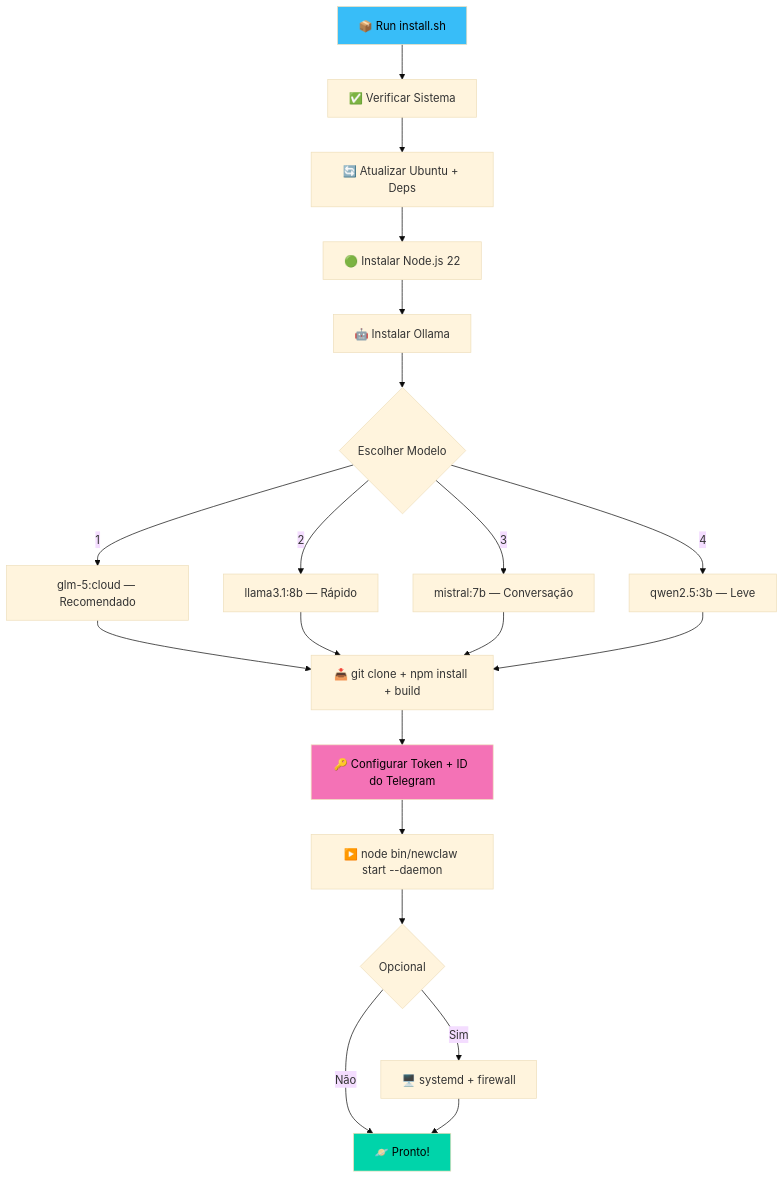
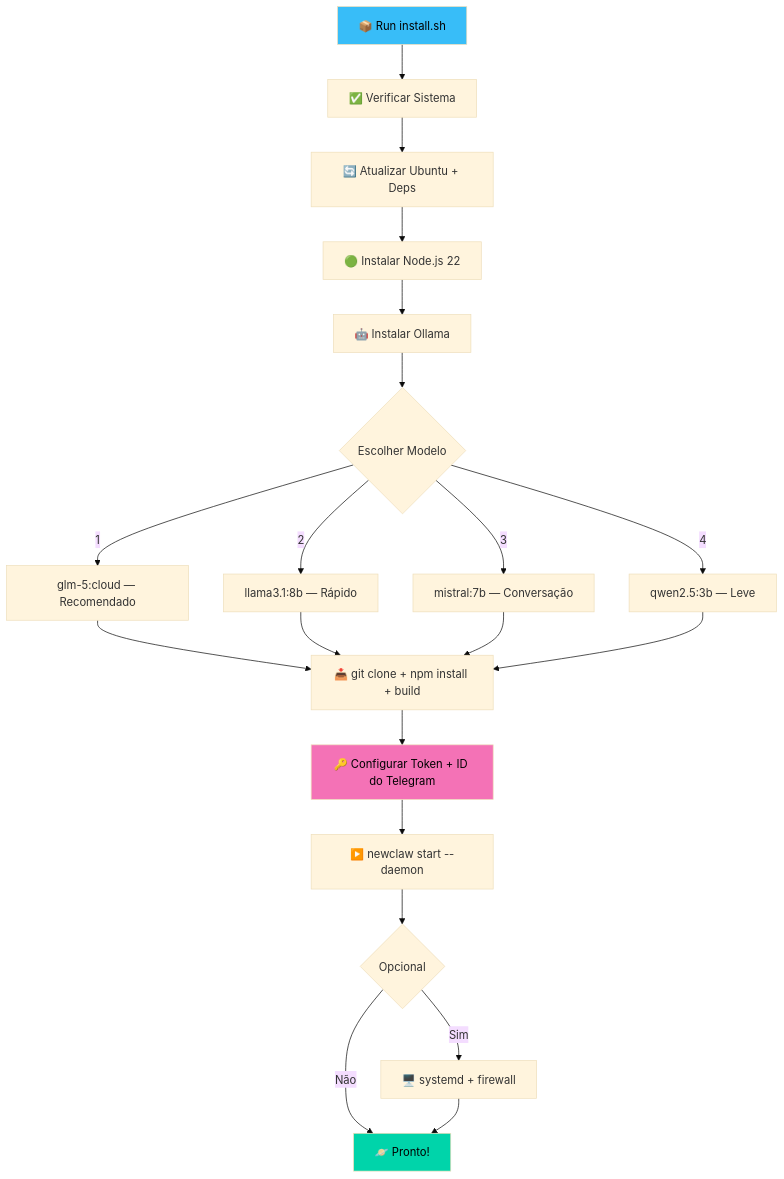
One commit to rovanni/NewClaw changed the seventh of 9 diagrams in README.md. Above: the diagram before and after it, drawn with Mermaid (base theme). The commit also changed other lines of this file and 2 other files, not shown here.

Commit message:
refactor: streamline CLI execution with global command wrapper and improve installation configuration flow

````diff
--- a/README.md
+++ b/README.md
@@ -191,26 +191,26 @@
 ```mermaid
 flowchart TD
     A["📦 Run install.sh"] --> B["✅ Verificar Sistema"]
     B --> C["🔄 Atualizar Ubuntu + Deps"]
     C --> D["🟢 Instalar Node.js 22"]
     D --> E["🤖 Instalar Ollama"]
     E --> F{"Escolher Modelo"}
     F -->|"1"| G1["glm-5:cloud — Recomendado"]
     F -->|"2"| G2["llama3.1:8b — Rápido"]
     F -->|"3"| G3["mistral:7b — Conversação"]
     F -->|"4"| G4["qwen2.5:3b — Leve"]
     G1 --> H["📥 git clone + npm install + build"]
     G2 --> H
     G3 --> H
     G4 --> H
     H --> I["🔑 Configurar Token + ID do Telegram"]
-    I --> J["▶️ node bin/newclaw start --daemon"]
+    I --> J["▶️ newclaw start --daemon"]
     J --> K{"Opcional"}
     K -->|"Sim"| L["🖥️ systemd + firewall"]
     K -->|"Não"| M["🪐 Pronto!"]
     L --> M
 
     style A fill:#38bdf8,color:#000
     style I fill:#f472b6,color:#000
     style M fill:#00d4aa,color:#000
 ```
````
